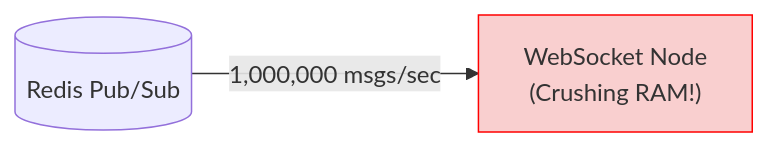
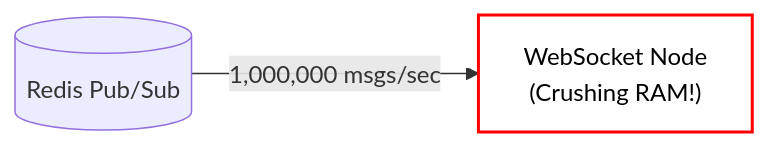
One commit to MohdMusaiyab/system-design changed the ninth of 10 diagrams in Real_Time_Backend/10_Backpressure.md. Above: the diagram before and after it, drawn with Mermaid. The commit also changed other lines of this file and 8 other files, not shown here.

````diff
--- a/Real_Time_Backend/10_Backpressure.md
+++ b/Real_Time_Backend/10_Backpressure.md
@@ -157,5 +161,5 @@
 ```mermaid
 flowchart LR
     Redis[("Redis Pub/Sub")] -->|1,000,000 msgs/sec| Server["WebSocket Node<br>(Crushing RAM!)"]
-    style Server fill:#f9cfcf,stroke:#ff0000
+    style Server fill:#ffffff,stroke:#ff0000,color:#000000,stroke-width:2px
 ```
````
